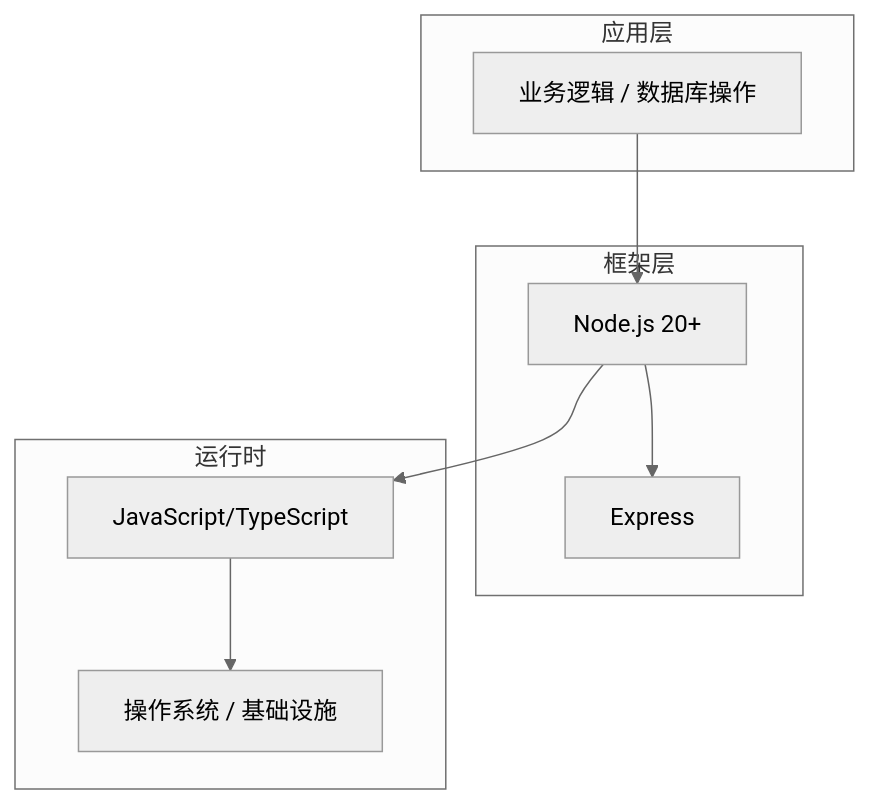
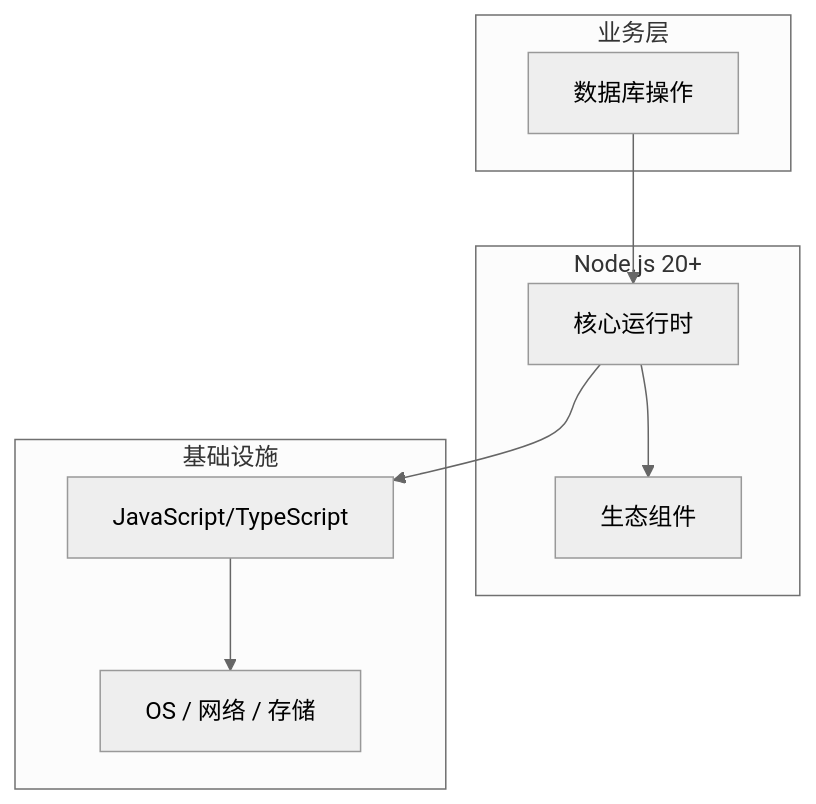
One commit to yanggan2015/knowledge-json-v2 changed the diagram in articles/Node.js/chapters/072-数据库操作核心概念与原理.md. Above: the diagram before and after it, drawn with Mermaid (neutral theme). The commit also changed other lines of this file and 10127 other files, not shown here.

````diff
--- a/articles/Node.js/chapters/072-数据库操作核心概念与原理.md
+++ b/articles/Node.js/chapters/072-数据库操作核心概念与原理.md
@@ -45,18 +34,18 @@
 ```mermaid
 graph TB
-    subgraph 应用层
-        A[业务逻辑 / 数据库操作]
+    subgraph 业务层
+        A[数据库操作]
     end
-    subgraph 框架层
-        B[Node.js 20+]
-        C[Express]
+    subgraph Node.js 20+
+        B[核心运行时]
+        C[生态组件]
     end
-    subgraph 运行时
+    subgraph 基础设施
         D[JavaScript/TypeScript]
-        E[操作系统 / 基础设施]
+        E[OS / 网络 / 存储]
     end
     A --> B
     B --> C
     B --> D
     D --> E
 ```
````
